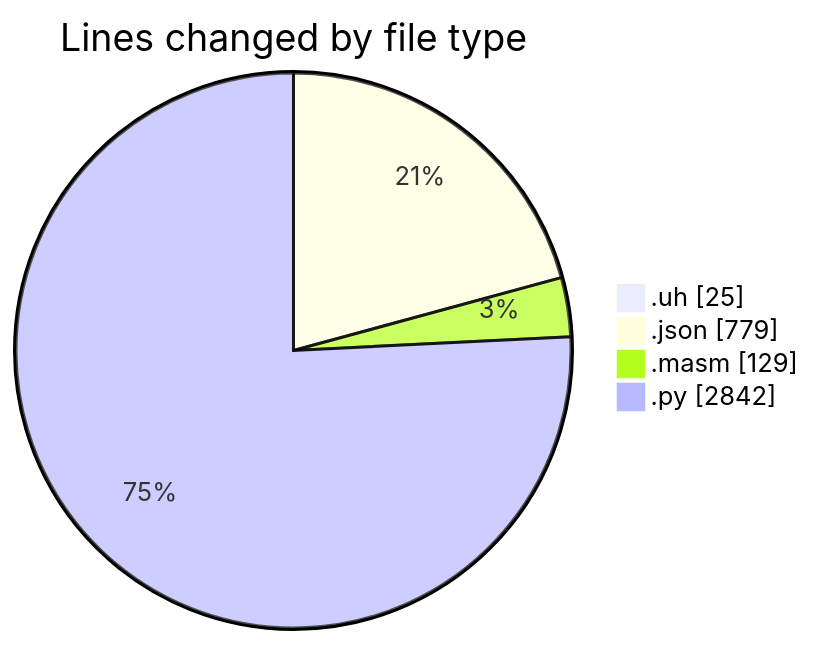
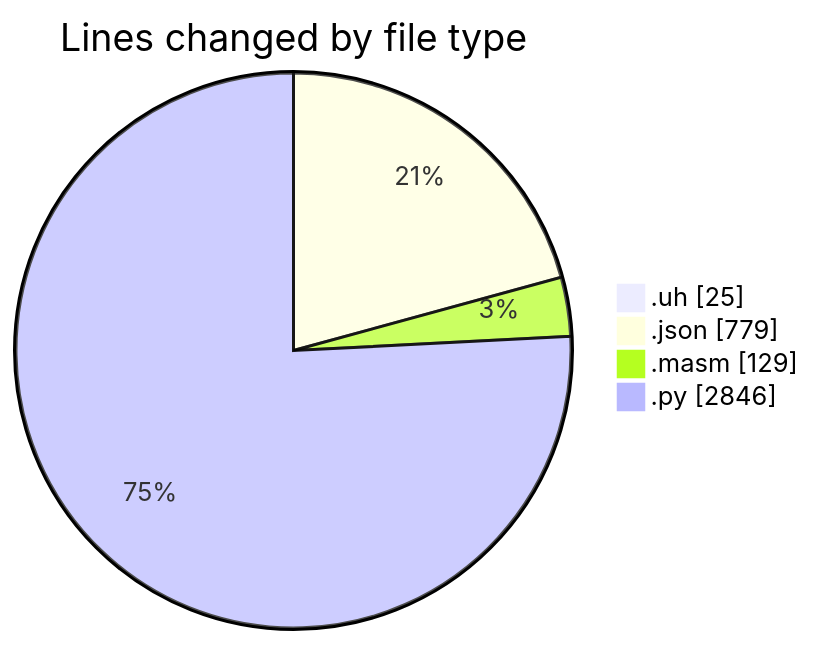
The first of 2 diagrams in 2025-04-30/uhigh-lang/README.md (charlie-sans/code-tracking), drawn with Mermaid before and after one commit. The commit also changed other lines of this file and 1 other file, not shown here.

````diff
--- a/2025-04-30/uhigh-lang/README.md
+++ b/2025-04-30/uhigh-lang/README.md
@@ -26,8 +26,8 @@
 ```mermaid
 pie showData
 title Lines changed by file type
 ".uh" : 25
 ".json" : 779
 ".masm" : 129
-".py" : 2842
+".py" : 2846
 ```
````
